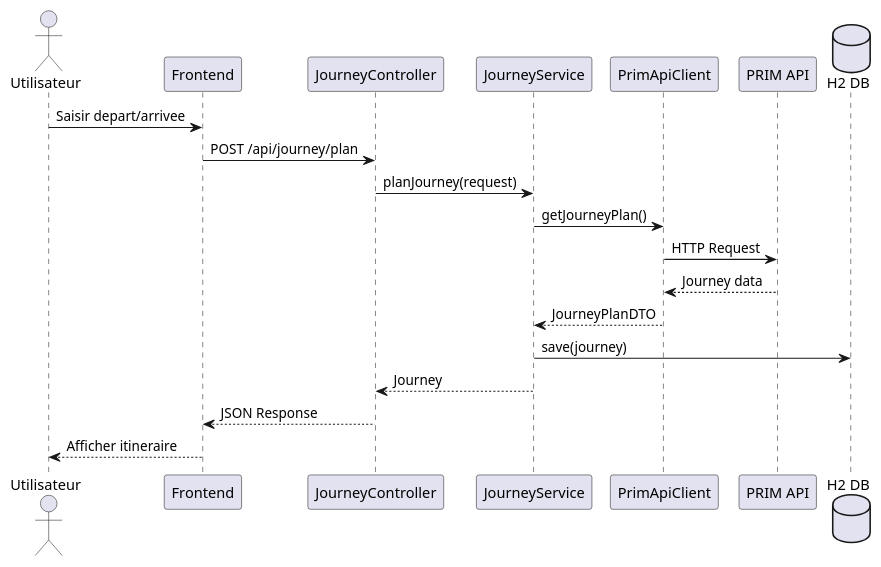
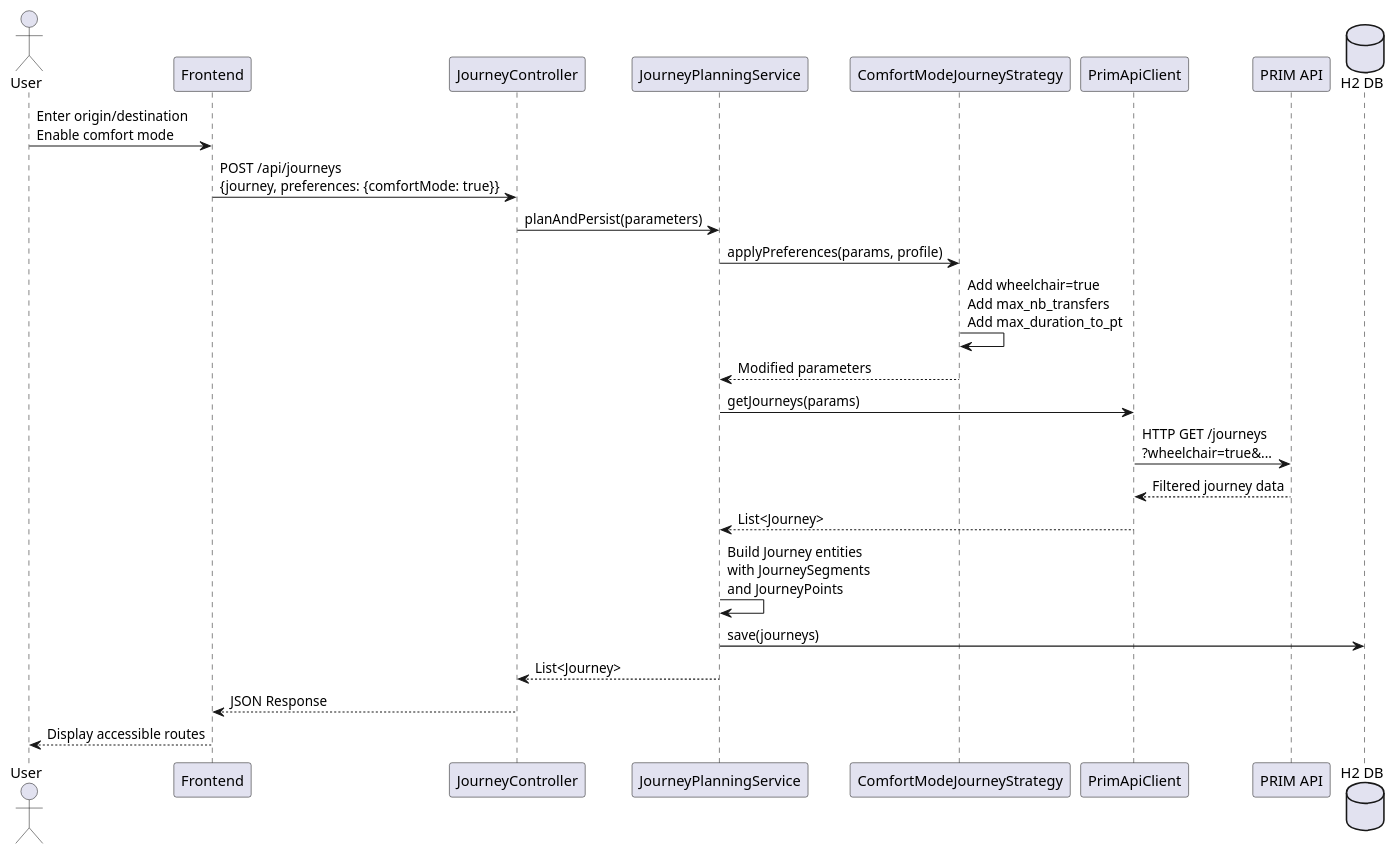
One commit to Aminmiri82/devops-project-MARLY changed the sixth of 13 diagrams in docs/documentation.adoc. Above: the diagram before and after it, drawn with PlantUML. The commit also changed other lines of this file and 28 other files, not shown here.

```diff
--- a/docs/documentation.adoc
+++ b/docs/documentation.adoc
@@ -196,26 +586,31 @@
-[plantuml, sequence-journey, svg]
+[plantuml, sequence-journey-comfort, svg]
 ----
 @startuml
 
-actor Utilisateur
+actor User
 participant Frontend
 participant JourneyController
-participant JourneyService
+participant JourneyPlanningService
+participant ComfortModeJourneyStrategy
 participant PrimApiClient
 participant "PRIM API" as PRIM
 database "H2 DB" as DB
 
-Utilisateur -> Frontend : Saisir depart/arrivee
-Frontend -> JourneyController : POST /api/journey/plan
-JourneyController -> JourneyService : planJourney(request)
-JourneyService -> PrimApiClient : getJourneyPlan()
-PrimApiClient -> PRIM : HTTP Request
-PRIM --> PrimApiClient : Journey data
-PrimApiClient --> JourneyService : JourneyPlanDTO
-JourneyService -> DB : save(journey)
-JourneyService --> JourneyController : Journey
+User -> Frontend : Enter origin/destination\nEnable comfort mode
+Frontend -> JourneyController : POST /api/journeys\n{journey, preferences: {comfortMode: true}}
+JourneyController -> JourneyPlanningService : planAndPersist(parameters)
+JourneyPlanningService -> ComfortModeJourneyStrategy : applyPreferences(params, profile)
+ComfortModeJourneyStrategy -> ComfortModeJourneyStrategy : Add wheelchair=true\nAdd max_nb_transfers\nAdd max_duration_to_pt
+ComfortModeJourneyStrategy --> JourneyPlanningService : Modified parameters
+JourneyPlanningService -> PrimApiClient : getJourneys(params)
+PrimApiClient -> PRIM : HTTP GET /journeys\n?wheelchair=true&...
+PRIM --> PrimApiClient : Filtered journey data
+PrimApiClient --> JourneyPlanningService : List<Journey>
+JourneyPlanningService -> JourneyPlanningService : Build Journey entities\nwith JourneySegments\nand JourneyPoints
+JourneyPlanningService -> DB : save(journeys)
+JourneyPlanningService --> JourneyController : List<Journey>
 JourneyController --> Frontend : JSON Response
-Frontend --> Utilisateur : Afficher itineraire
+Frontend --> User : Display accessible routes
 
 @enduml
 ----
```
